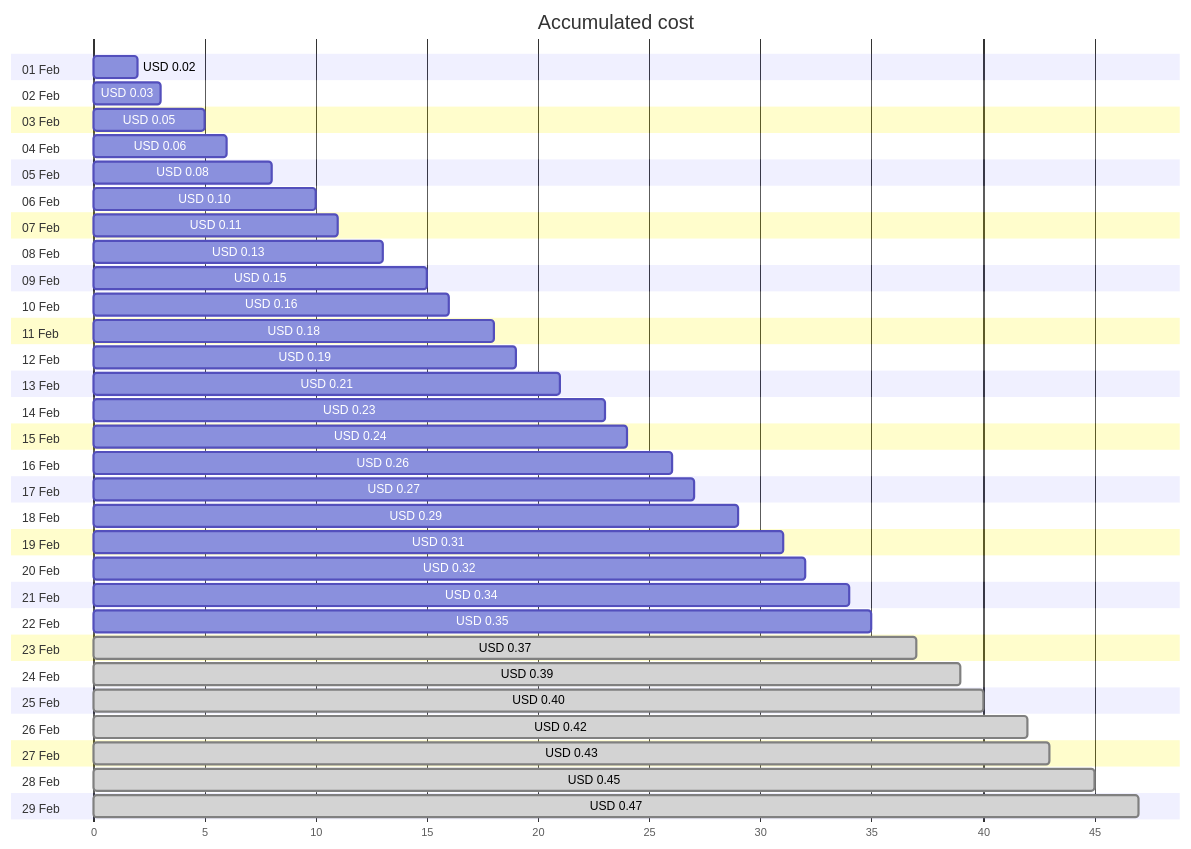
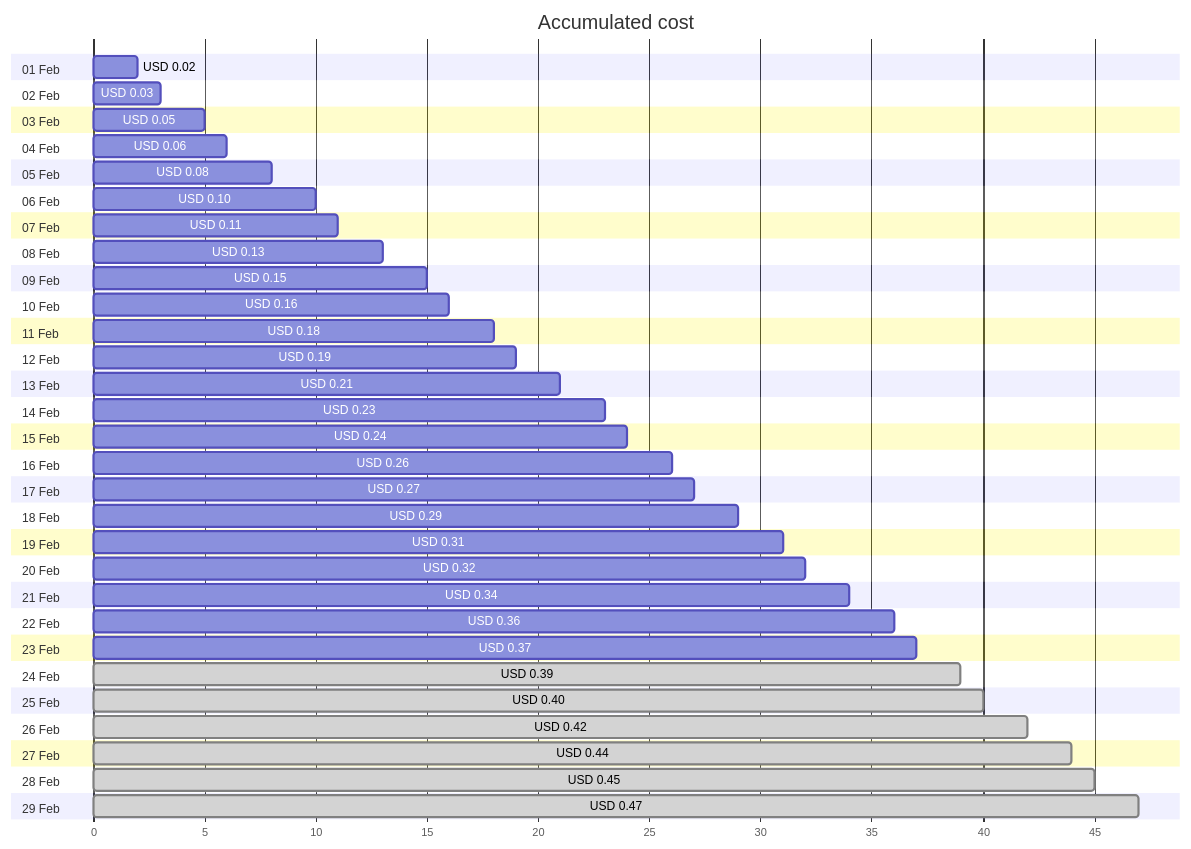
The first of 4 diagrams in cost-reports/personal-network/private.jpatrickfulton.com.md (jpfulton/azure-personal-reports), drawn with Mermaid before and after one commit. The commit also changed other lines of this file and 8 other files, not shown here.

````diff
--- a/cost-reports/personal-network/private.jpatrickfulton.com.md
+++ b/cost-reports/personal-network/private.jpatrickfulton.com.md
@@ -20,64 +20,64 @@
 ```mermaid
 gantt
    title Accumulated cost
    dateFormat  X
    axisFormat %s
    section 01 Feb
    USD 0.02 :0, 2
    section 02 Feb
    USD 0.03 :0, 3
    section 03 Feb
    USD 0.05 :0, 5
    section 04 Feb
    USD 0.06 :0, 6
    section 05 Feb
    USD 0.08 :0, 8
    section 06 Feb
    USD 0.10 :0, 10
    section 07 Feb
    USD 0.11 :0, 11
    section 08 Feb
    USD 0.13 :0, 13
    section 09 Feb
    USD 0.15 :0, 15
    section 10 Feb
    USD 0.16 :0, 16
    section 11 Feb
    USD 0.18 :0, 18
    section 12 Feb
    USD 0.19 :0, 19
    section 13 Feb
    USD 0.21 :0, 21
    section 14 Feb
    USD 0.23 :0, 23
    section 15 Feb
    USD 0.24 :0, 24
    section 16 Feb
    USD 0.26 :0, 26
    section 17 Feb
    USD 0.27 :0, 27
    section 18 Feb
    USD 0.29 :0, 29
    section 19 Feb
    USD 0.31 :0, 31
    section 20 Feb
    USD 0.32 :0, 32
    section 21 Feb
    USD 0.34 :0, 34
    section 22 Feb
-   USD 0.35 :0, 35
+   USD 0.36 :0, 36
    section 23 Feb
-   USD 0.37 : done, 0, 37
+   USD 0.37 :0, 37
    section 24 Feb
    USD 0.39 : done, 0, 39
    section 25 Feb
    USD 0.40 : done, 0, 40
    section 26 Feb
    USD 0.42 : done, 0, 42
    section 27 Feb
-   USD 0.43 : done, 0, 43
+   USD 0.44 : done, 0, 44
    section 28 Feb
    USD 0.45 : done, 0, 45
    section 29 Feb
    USD 0.47 : done, 0, 47
 ```
````
